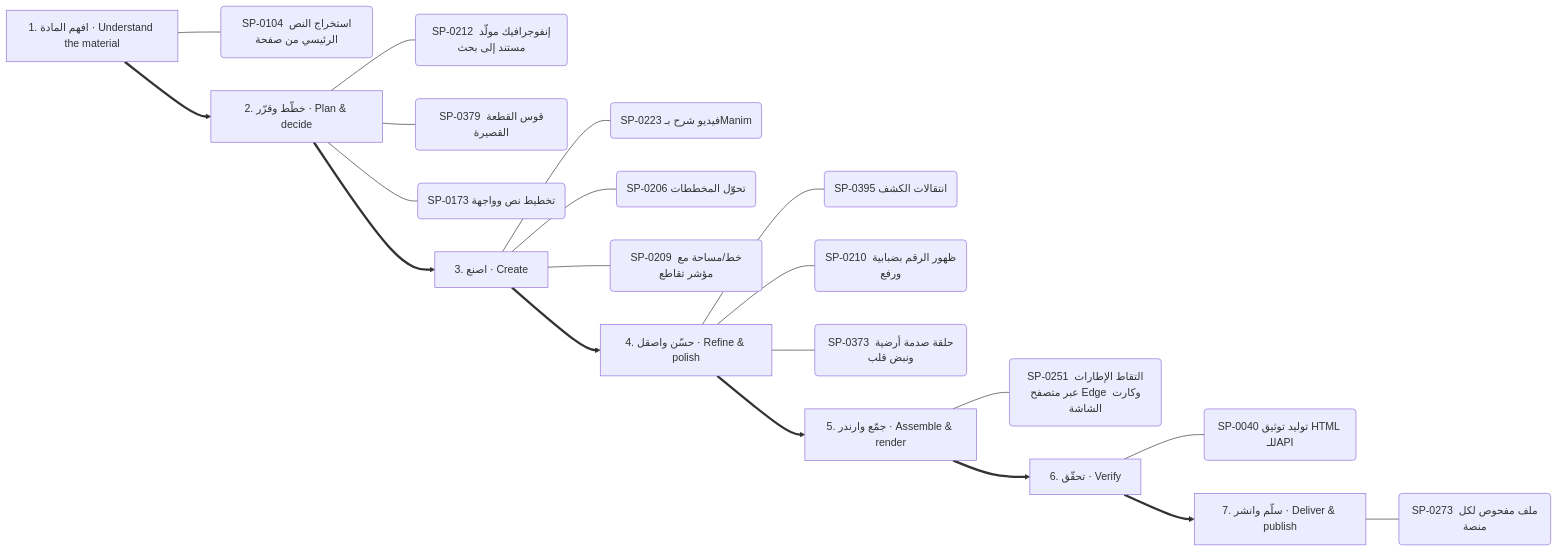
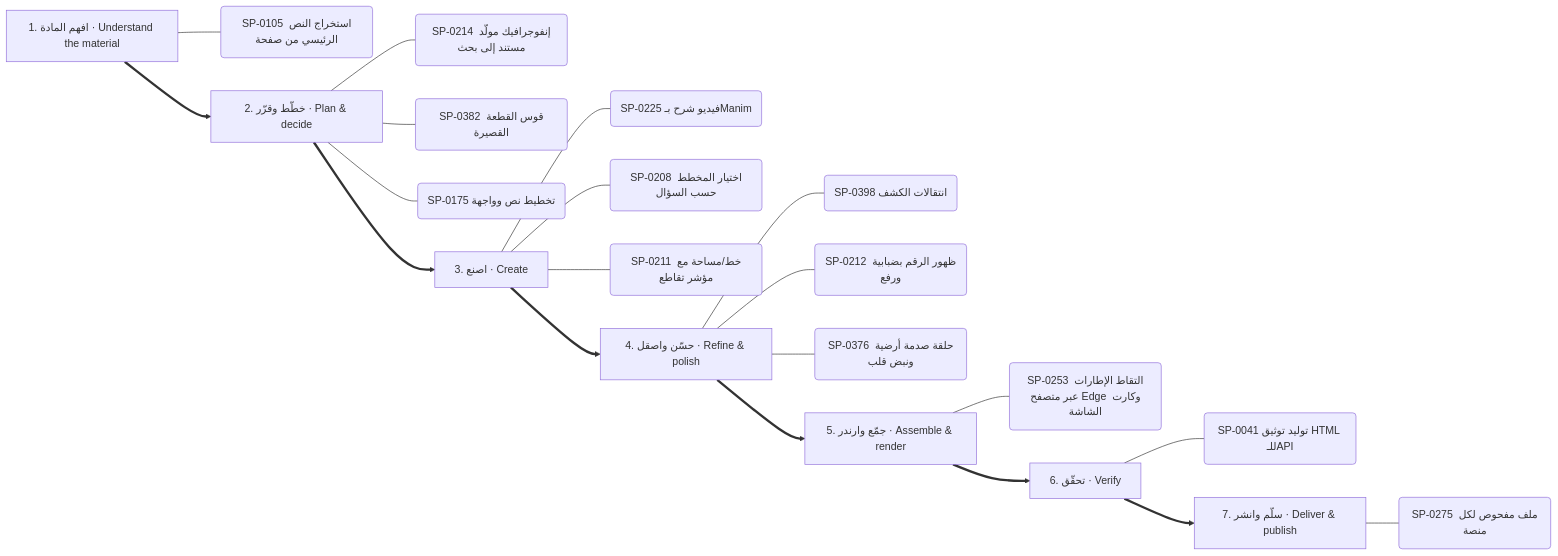
The fifth of 13 diagrams in .claude/skills/kosif-superpowers/references/capability-mindmap.md (kosif199022-jpg/kosif-tool), drawn with Mermaid before and after one commit. The commit also changed other lines of this file and 48 other files, not shown here.

````diff
--- a/.claude/skills/kosif-superpowers/references/capability-mindmap.md
+++ b/.claude/skills/kosif-superpowers/references/capability-mindmap.md
@@ -271,29 +271,29 @@
 ```mermaid
 flowchart LR
   S0["1. افهم المادة · Understand the material"]
-  S0 --- S0_0("SP-0104 استخراج النص الرئيسي من صفحة")
+  S0 --- S0_0("SP-0105 استخراج النص الرئيسي من صفحة")
   S1["2. خطّط وقرّر · Plan & decide"]
-  S1 --- S1_0("SP-0212 إنفوجرافيك مولَّد مستند إلى بحث")
-  S1 --- S1_1("SP-0379 قوس القطعة القصيرة")
-  S1 --- S1_2("SP-0173 تخطيط نص وواجهة")
+  S1 --- S1_0("SP-0214 إنفوجرافيك مولَّد مستند إلى بحث")
+  S1 --- S1_1("SP-0382 قوس القطعة القصيرة")
+  S1 --- S1_2("SP-0175 تخطيط نص وواجهة")
   S0 ==> S1
   S2["3. اصنع · Create"]
-  S2 --- S2_0("SP-0223 فيديو شرح بـManim")
-  S2 --- S2_1("SP-0206 تحوّل المخططات")
-  S2 --- S2_2("SP-0209 خط/مساحة مع مؤشر تقاطع")
+  S2 --- S2_0("SP-0225 فيديو شرح بـManim")
+  S2 --- S2_1("SP-0208 اختيار المخطط حسب السؤال")
+  S2 --- S2_2("SP-0211 خط/مساحة مع مؤشر تقاطع")
   S1 ==> S2
   S3["4. حسّن واصقل · Refine & polish"]
-  S3 --- S3_0("SP-0395 انتقالات الكشف")
-  S3 --- S3_1("SP-0210 ظهور الرقم بضبابية ورفع")
-  S3 --- S3_2("SP-0373 حلقة صدمة أرضية ونبض قلب")
+  S3 --- S3_0("SP-0398 انتقالات الكشف")
+  S3 --- S3_1("SP-0212 ظهور الرقم بضبابية ورفع")
+  S3 --- S3_2("SP-0376 حلقة صدمة أرضية ونبض قلب")
   S2 ==> S3
   S4["5. جمّع وارندر · Assemble & render"]
-  S4 --- S4_0("SP-0251 التقاط الإطارات عبر متصفح Edge وكارت الشاشة")
+  S4 --- S4_0("SP-0253 التقاط الإطارات عبر متصفح Edge وكارت الشاشة")
   S3 ==> S4
   S5["6. تحقّق · Verify"]
-  S5 --- S5_0("SP-0040 توليد توثيق HTML للـAPI")
+  S5 --- S5_0("SP-0041 توليد توثيق HTML للـAPI")
   S4 ==> S5
   S6["7. سلّم وانشر · Deliver & publish"]
-  S6 --- S6_0("SP-0273 ملف مفحوص لكل منصة")
+  S6 --- S6_0("SP-0275 ملف مفحوص لكل منصة")
   S5 ==> S6
 ```
````
